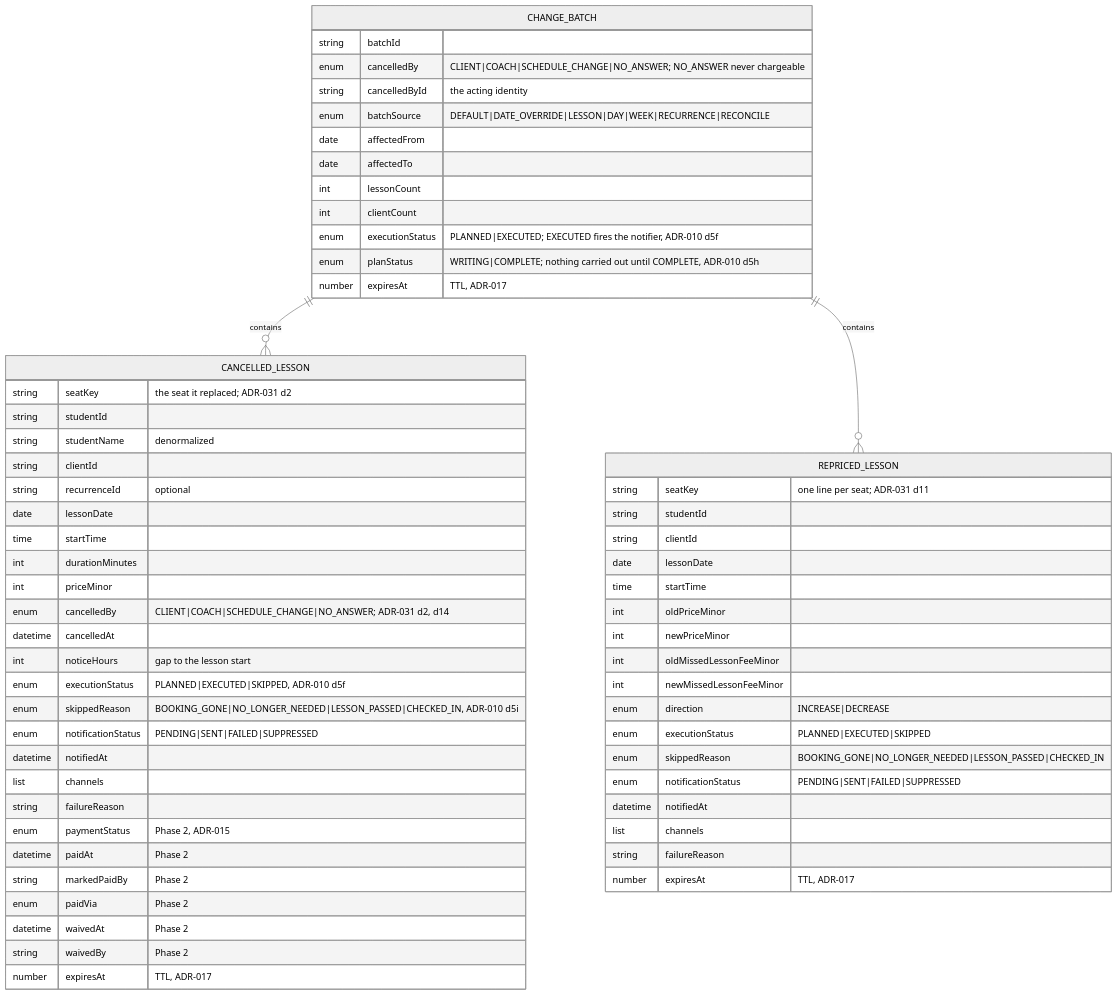
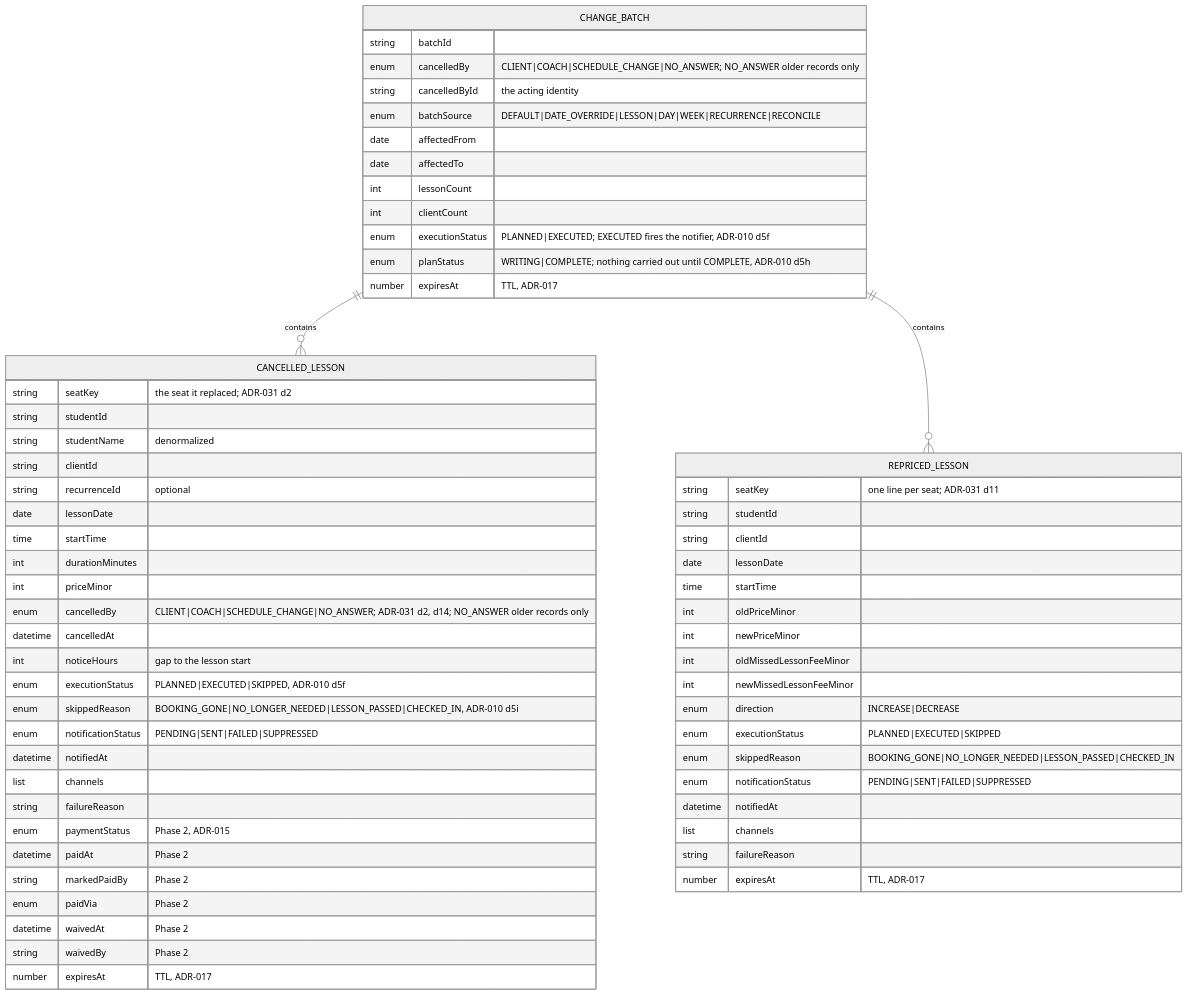
One commit to jessicamvega6/bladebook changed the seventh of 31 diagrams in docs/architecture.md. Above: the diagram before and after it, drawn with Mermaid (neutral theme). The commit also changed other lines of this file and 36 other files, not shown here.

````diff
--- a/docs/architecture.md
+++ b/docs/architecture.md
@@ -479,65 +479,65 @@
 ```mermaid
 erDiagram
     CHANGE_BATCH ||--o{ CANCELLED_LESSON : contains
     CHANGE_BATCH ||--o{ REPRICED_LESSON : contains
 
     CHANGE_BATCH {
         string batchId
-        enum   cancelledBy "CLIENT|COACH|SCHEDULE_CHANGE|NO_ANSWER; NO_ANSWER never chargeable"
+        enum   cancelledBy "CLIENT|COACH|SCHEDULE_CHANGE|NO_ANSWER; NO_ANSWER older records only"
         string cancelledById "the acting identity"
         enum   batchSource "DEFAULT|DATE_OVERRIDE|LESSON|DAY|WEEK|RECURRENCE|RECONCILE"
         date   affectedFrom
         date   affectedTo
         int    lessonCount
         int    clientCount
         enum   executionStatus "PLANNED|EXECUTED; EXECUTED fires the notifier, ADR-010 d5f"
         enum   planStatus "WRITING|COMPLETE; nothing carried out until COMPLETE, ADR-010 d5h"
         number expiresAt "TTL, ADR-017"
     }
     CANCELLED_LESSON {
         string seatKey "the seat it replaced; ADR-031 d2"
         string studentId
         string studentName "denormalized"
         string clientId
         string recurrenceId "optional"
         date   lessonDate
         time   startTime
         int    durationMinutes
         int    priceMinor
-        enum   cancelledBy "CLIENT|COACH|SCHEDULE_CHANGE|NO_ANSWER; ADR-031 d2, d14"
+        enum   cancelledBy "CLIENT|COACH|SCHEDULE_CHANGE|NO_ANSWER; ADR-031 d2, d14; NO_ANSWER older records only"
         datetime cancelledAt
         int    noticeHours "gap to the lesson start"
         enum   executionStatus "PLANNED|EXECUTED|SKIPPED, ADR-010 d5f"
         enum   skippedReason "BOOKING_GONE|NO_LONGER_NEEDED|LESSON_PASSED|CHECKED_IN, ADR-010 d5i"
         enum   notificationStatus "PENDING|SENT|FAILED|SUPPRESSED"
         datetime notifiedAt
         list   channels
         string failureReason
         enum   paymentStatus "Phase 2, ADR-015"
         datetime paidAt "Phase 2"
         string markedPaidBy "Phase 2"
         enum   paidVia "Phase 2"
         datetime waivedAt "Phase 2"
         string waivedBy "Phase 2"
         number expiresAt "TTL, ADR-017"
     }
     REPRICED_LESSON {
         string seatKey "one line per seat; ADR-031 d11"
         string studentId
         string clientId
         date   lessonDate
         time   startTime
         int    oldPriceMinor
         int    newPriceMinor
         int    oldMissedLessonFeeMinor
         int    newMissedLessonFeeMinor
         enum   direction "INCREASE|DECREASE"
         enum   executionStatus "PLANNED|EXECUTED|SKIPPED"
         enum   skippedReason "BOOKING_GONE|NO_LONGER_NEEDED|LESSON_PASSED|CHECKED_IN"
         enum   notificationStatus "PENDING|SENT|FAILED|SUPPRESSED"
         datetime notifiedAt
         list   channels
         string failureReason
         number expiresAt "TTL, ADR-017"
     }
 ```
````
